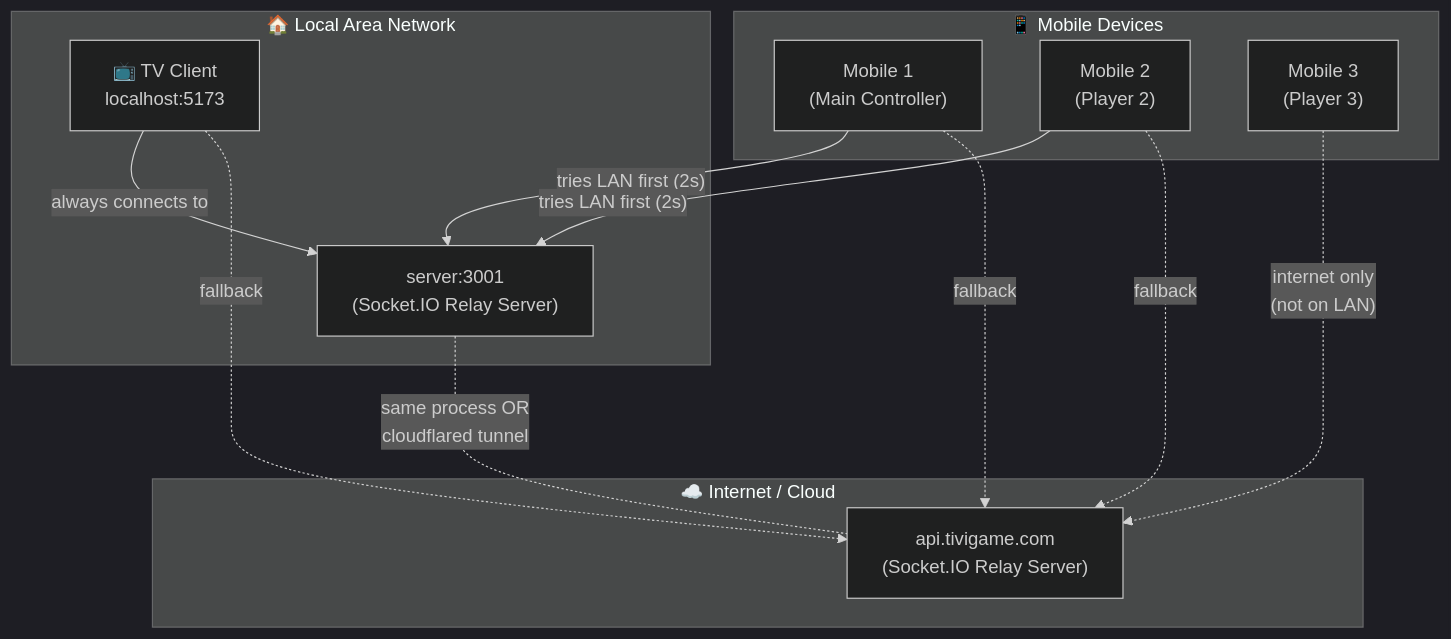
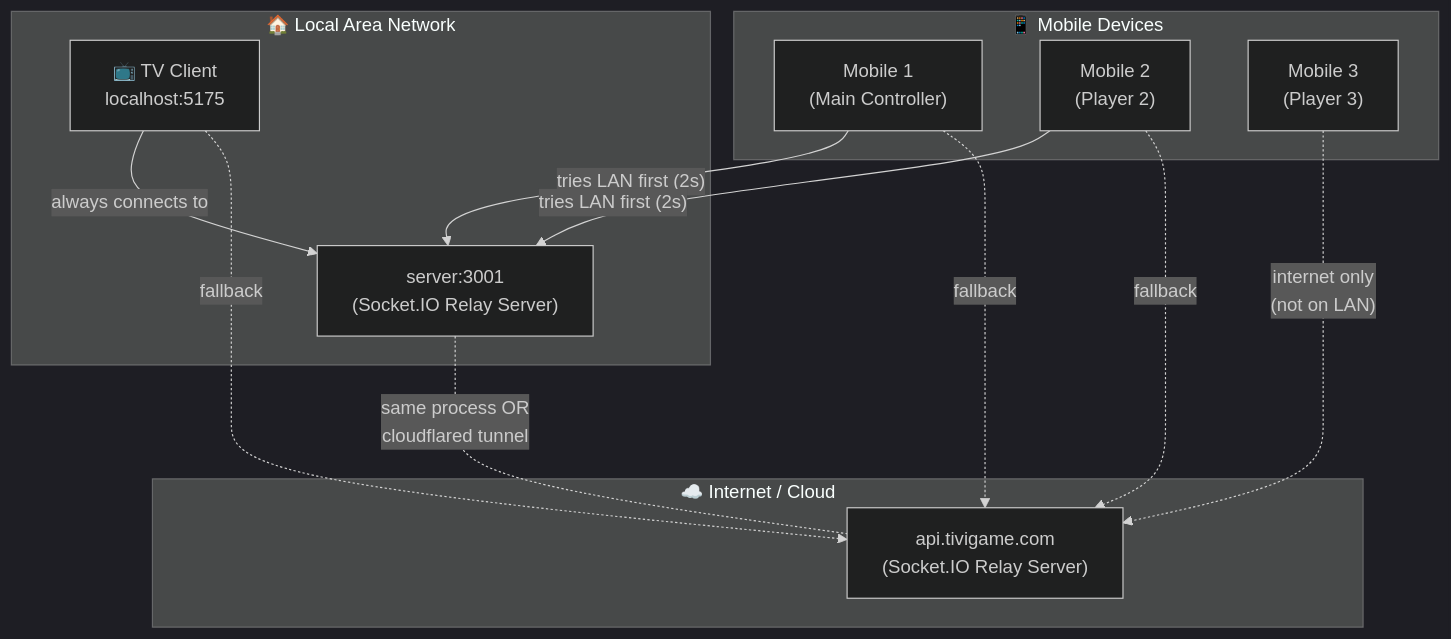
One commit to daotien0887/tivigame changed the first of 12 diagrams in DOCS_SOCKET_FLOW.md. Above: the diagram before and after it, drawn with Mermaid (dark theme). The commit also changed 263 other files, not shown here.

````diff
--- a/DOCS_SOCKET_FLOW.md
+++ b/DOCS_SOCKET_FLOW.md
@@ -10,30 +10,30 @@
 ```mermaid
 graph TD
     subgraph Internet["☁️  Internet / Cloud"]
         CLOUD["api.tivigame.com\n(Socket.IO Relay Server)"]
     end
 
     subgraph LAN["🏠  Local Area Network"]
         SERVER["server:3001\n(Socket.IO Relay Server)"]
-        TV["📺  TV Client\nlocalhost:5173"]
+        TV["📺  TV Client\nlocalhost:5175"]
     end
 
     subgraph Mobile["📱  Mobile Devices"]
         M1["Mobile 1\n(Main Controller)"]
         M2["Mobile 2\n(Player 2)"]
         M3["Mobile 3\n(Player 3)"]
     end
 
     TV -->|"always connects to"| SERVER
     TV -.->|"fallback"| CLOUD
 
     M1 -->|"tries LAN first (2s)"| SERVER
     M1 -.->|"fallback"| CLOUD
 
     M2 -->|"tries LAN first (2s)"| SERVER
     M2 -.->|"fallback"| CLOUD
 
     M3 -.->|"internet only\n(not on LAN)"| CLOUD
 
     SERVER -.-|"same process OR\ncloudflared tunnel"| CLOUD
 ```
````
